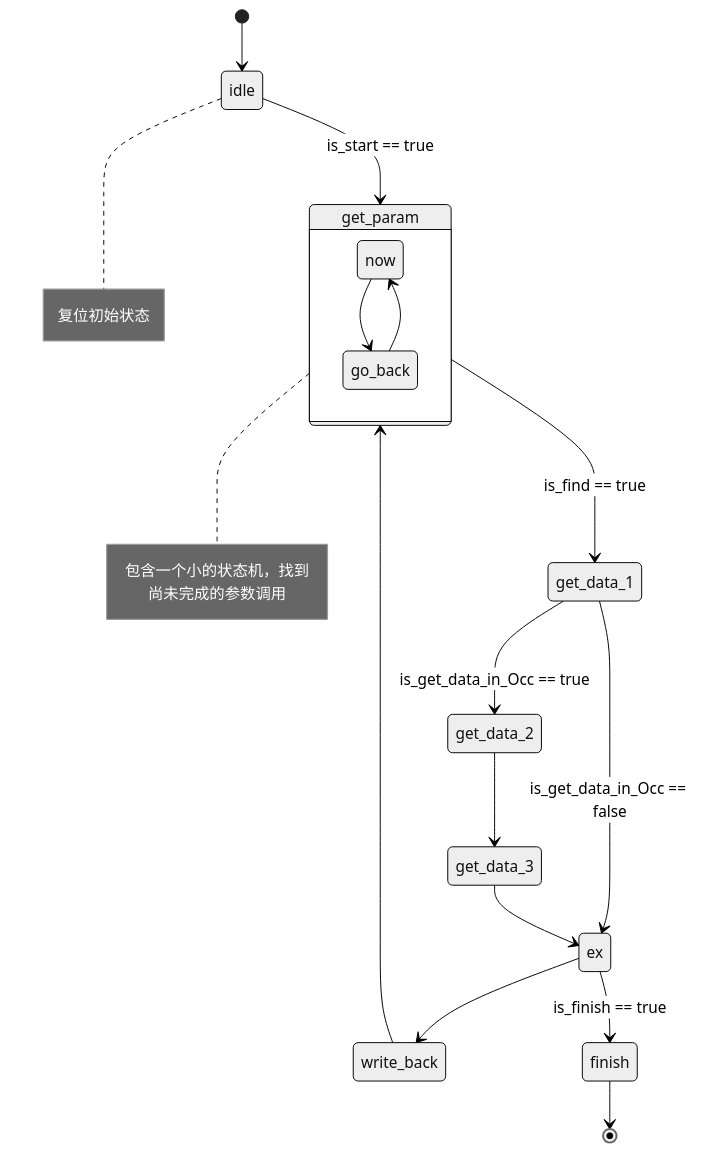
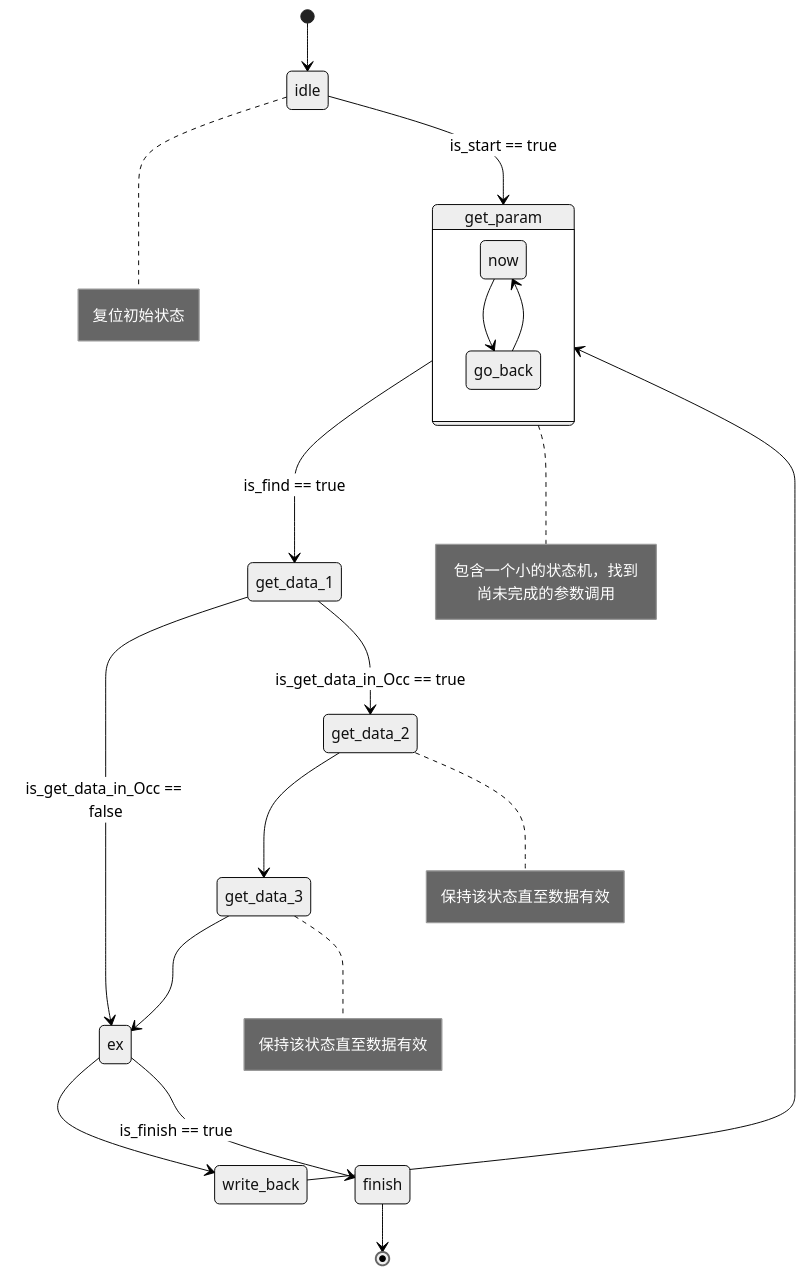
One commit to ZZJ34/my_accelerator changed the first of 3 diagrams in README.md. Above: the diagram before and after it, drawn with Mermaid (neutral theme). The commit also changed other lines of this file and 3 other files, not shown here.

````diff
--- a/README.md
+++ b/README.md
@@ -57,27 +68,35 @@
   ```mermaid
     stateDiagram
         [*] --> idle 
         idle --> get_param : is_start == true
         get_param --> get_data_1 : is_find == true
         get_data_1 --> ex : is_get_data_in_Occ == false
         get_data_1 --> get_data_2 : is_get_data_in_Occ == true
         get_data_2 --> get_data_3
         get_data_3 --> ex
         ex --> write_back
         write_back --> get_param
         ex --> finish : is_finish == true
         finish --> [*]
 
         state get_param {
           now --> go_back
           go_back --> now
         }
 
         note right of idle
             复位初始状态
         end note
 
         note right of get_param
             包含一个小的状态机，找到尚未完成的参数调用
         end note
+
+        note right of get_data_2
+            保持该状态直至数据有效
+        end note
+
+        note right of get_data_3
+            保持该状态直至数据有效
+        end note
   ```
````
